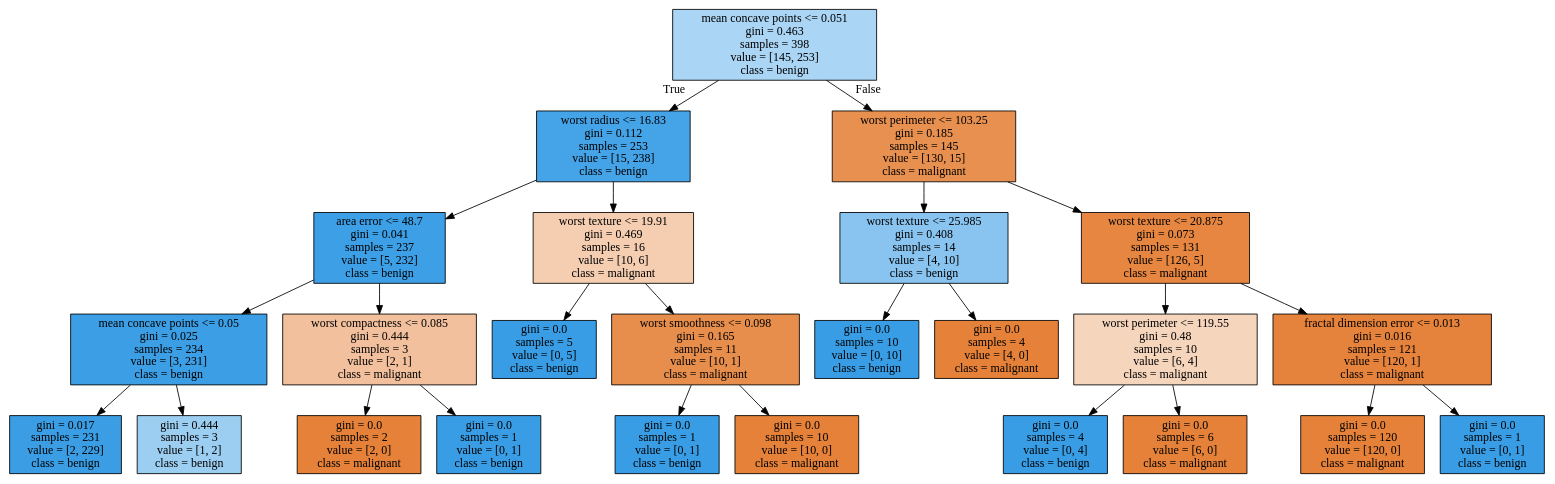
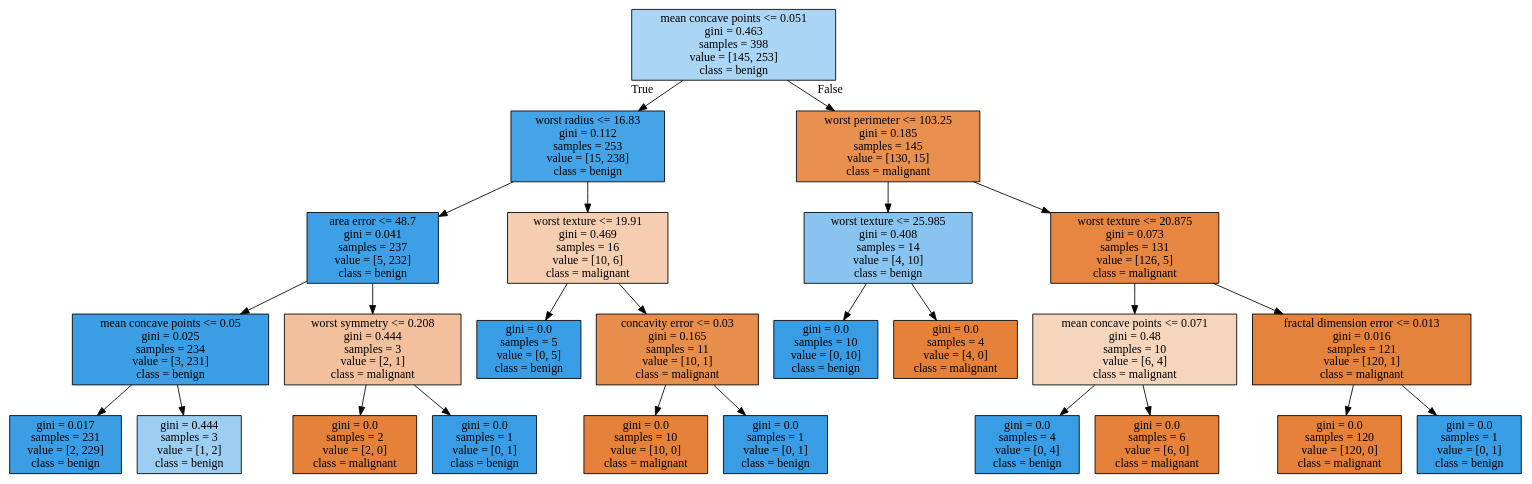
Before and after one commit to Nougaga/study: the diagram in 200902~ 데이터 분석(python)/tree_bc4.dot, drawn with Graphviz. The commit also changed 16 other files, not shown here.

```diff
--- a/200902~ 데이터 분석(python)/tree_bc4.dot
+++ b/200902~ 데이터 분석(python)/tree_bc4.dot
@@ -1,52 +1,52 @@
 digraph Tree {
 node [shape=box, style="filled", color="black"] ;
 0 [label="mean concave points <= 0.051\ngini = 0.463\nsamples = 398\nvalue = [145, 253]\nclass = benign", fillcolor="#aad5f4"] ;
 1 [label="worst radius <= 16.83\ngini = 0.112\nsamples = 253\nvalue = [15, 238]\nclass = benign", fillcolor="#45a3e7"] ;
 0 -> 1 [labeldistance=2.5, labelangle=45, headlabel="True"] ;
 2 [label="area error <= 48.7\ngini = 0.041\nsamples = 237\nvalue = [5, 232]\nclass = benign", fillcolor="#3d9fe6"] ;
 1 -> 2 ;
 3 [label="mean concave points <= 0.05\ngini = 0.025\nsamples = 234\nvalue = [3, 231]\nclass = benign", fillcolor="#3c9ee5"] ;
 2 -> 3 ;
 4 [label="gini = 0.017\nsamples = 231\nvalue = [2, 229]\nclass = benign", fillcolor="#3b9ee5"] ;
 3 -> 4 ;
 5 [label="gini = 0.444\nsamples = 3\nvalue = [1, 2]\nclass = benign", fillcolor="#9ccef2"] ;
 3 -> 5 ;
-6 [label="worst compactness <= 0.085\ngini = 0.444\nsamples = 3\nvalue = [2, 1]\nclass = malignant", fillcolor="#f2c09c"] ;
+6 [label="worst symmetry <= 0.208\ngini = 0.444\nsamples = 3\nvalue = [2, 1]\nclass = malignant", fillcolor="#f2c09c"] ;
 2 -> 6 ;
 7 [label="gini = 0.0\nsamples = 2\nvalue = [2, 0]\nclass = malignant", fillcolor="#e58139"] ;
 6 -> 7 ;
 8 [label="gini = 0.0\nsamples = 1\nvalue = [0, 1]\nclass = benign", fillcolor="#399de5"] ;
 6 -> 8 ;
 9 [label="worst texture <= 19.91\ngini = 0.469\nsamples = 16\nvalue = [10, 6]\nclass = malignant", fillcolor="#f5cdb0"] ;
 1 -> 9 ;
 10 [label="gini = 0.0\nsamples = 5\nvalue = [0, 5]\nclass = benign", fillcolor="#399de5"] ;
 9 -> 10 ;
-11 [label="worst smoothness <= 0.098\ngini = 0.165\nsamples = 11\nvalue = [10, 1]\nclass = malignant", fillcolor="#e88e4d"] ;
+11 [label="concavity error <= 0.03\ngini = 0.165\nsamples = 11\nvalue = [10, 1]\nclass = malignant", fillcolor="#e88e4d"] ;
 9 -> 11 ;
-12 [label="gini = 0.0\nsamples = 1\nvalue = [0, 1]\nclass = benign", fillcolor="#399de5"] ;
+12 [label="gini = 0.0\nsamples = 10\nvalue = [10, 0]\nclass = malignant", fillcolor="#e58139"] ;
 11 -> 12 ;
-13 [label="gini = 0.0\nsamples = 10\nvalue = [10, 0]\nclass = malignant", fillcolor="#e58139"] ;
+13 [label="gini = 0.0\nsamples = 1\nvalue = [0, 1]\nclass = benign", fillcolor="#399de5"] ;
 11 -> 13 ;
 14 [label="worst perimeter <= 103.25\ngini = 0.185\nsamples = 145\nvalue = [130, 15]\nclass = malignant", fillcolor="#e89050"] ;
 0 -> 14 [labeldistance=2.5, labelangle=-45, headlabel="False"] ;
 15 [label="worst texture <= 25.985\ngini = 0.408\nsamples = 14\nvalue = [4, 10]\nclass = benign", fillcolor="#88c4ef"] ;
 14 -> 15 ;
 16 [label="gini = 0.0\nsamples = 10\nvalue = [0, 10]\nclass = benign", fillcolor="#399de5"] ;
 15 -> 16 ;
 17 [label="gini = 0.0\nsamples = 4\nvalue = [4, 0]\nclass = malignant", fillcolor="#e58139"] ;
 15 -> 17 ;
 18 [label="worst texture <= 20.875\ngini = 0.073\nsamples = 131\nvalue = [126, 5]\nclass = malignant", fillcolor="#e68641"] ;
 14 -> 18 ;
-19 [label="worst perimeter <= 119.55\ngini = 0.48\nsamples = 10\nvalue = [6, 4]\nclass = malignant", fillcolor="#f6d5bd"] ;
+19 [label="mean concave points <= 0.071\ngini = 0.48\nsamples = 10\nvalue = [6, 4]\nclass = malignant", fillcolor="#f6d5bd"] ;
 18 -> 19 ;
 20 [label="gini = 0.0\nsamples = 4\nvalue = [0, 4]\nclass = benign", fillcolor="#399de5"] ;
 19 -> 20 ;
 21 [label="gini = 0.0\nsamples = 6\nvalue = [6, 0]\nclass = malignant", fillcolor="#e58139"] ;
 19 -> 21 ;
 22 [label="fractal dimension error <= 0.013\ngini = 0.016\nsamples = 121\nvalue = [120, 1]\nclass = malignant", fillcolor="#e5823b"] ;
 18 -> 22 ;
 23 [label="gini = 0.0\nsamples = 120\nvalue = [120, 0]\nclass = malignant", fillcolor="#e58139"] ;
 22 -> 23 ;
 24 [label="gini = 0.0\nsamples = 1\nvalue = [0, 1]\nclass = benign", fillcolor="#399de5"] ;
 22 -> 24 ;
 }
```
